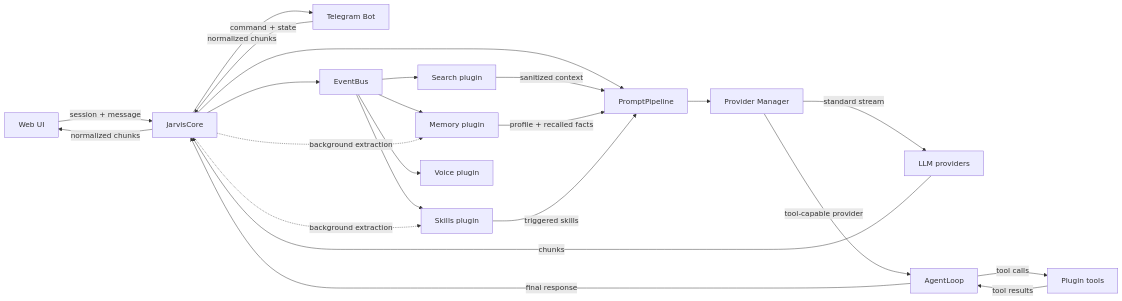
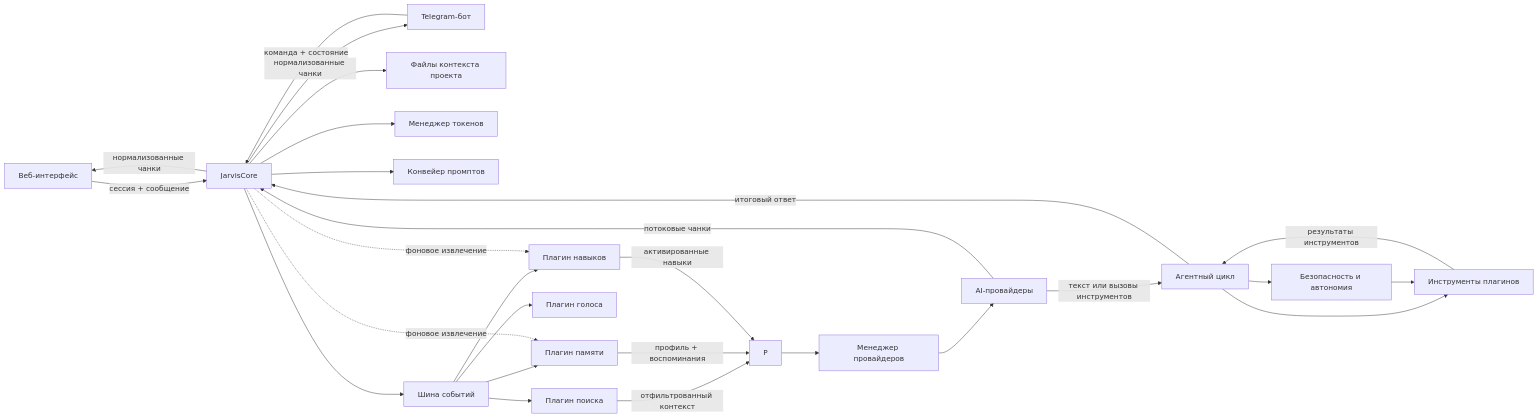
One commit to NWing1202/JARVIS-Case-Study changed the diagram in docs/architecture.md. Above: the diagram before and after it, drawn with Mermaid. The commit also changed other lines of this file, not shown here.

````diff
--- a/docs/architecture.md
+++ b/docs/architecture.md
@@ -9,25 +9,29 @@
 ```mermaid
 flowchart LR
-  W[Web UI] -->|session + message| C[JarvisCore]
-  T[Telegram Bot] -->|command + state| C
-  C --> P[PromptPipeline]
-  C --> E[EventBus]
-  E --> S[Search plugin]
-  E --> M[Memory plugin]
-  E --> K[Skills plugin]
-  E --> V[Voice plugin]
-  S -->|sanitized context| P
-  M -->|profile + recalled facts| P
-  K -->|triggered skills| P
-  P --> PM[Provider Manager]
-  PM -->|standard stream| LP[LLM providers]
-  PM -->|tool-capable provider| AL[AgentLoop]
-  AL -->|tool calls| PL[Plugin tools]
-  PL -->|tool results| AL
-  AL -->|final response| C
-  LP -->|chunks| C
-  C -->|normalized chunks| W
-  C -->|normalized chunks| T
-  C -. background extraction .-> M
-  C -. background extraction .-> K
+  W[Веб-интерфейс] -->|сессия + сообщение| C[JarvisCore]
+  T[Telegram-бот] -->|команда + состояние| C
+  C --> CF[Файлы контекста проекта]
+  C --> TM[Менеджер токенов]
+  C --> PP[Конвейер промптов]
+  C --> EB[Шина событий]
+  EB --> S[Плагин поиска]
+  EB --> M[Плагин памяти]
+  EB --> K[Плагин навыков]
+  EB --> V[Плагин голоса]
+  S -->|отфильтрованный контекст| P
+  M -->|профиль + воспоминания| P
+  K -->|активированные навыки| P
+  P --> PM[Менеджер провайдеров]
+  PM --> LP[AI-провайдеры]
+  LP -->|текст или вызовы инструментов| AL[Агентный цикл]
+  AL --> PL[Инструменты плагинов]
+  PL -->|результаты инструментов| AL
+  AL -->|итоговый ответ| C
+  LP -->|потоковые чанки| C
+  C -->|нормализованные чанки| W
+  C -->|нормализованные чанки| T
+  C -. фоновое извлечение .-> M
+  C -. фоновое извлечение .-> K
+  AL --> SG[Безопасность и автономия]
+  SG --> PL
 ```
````
